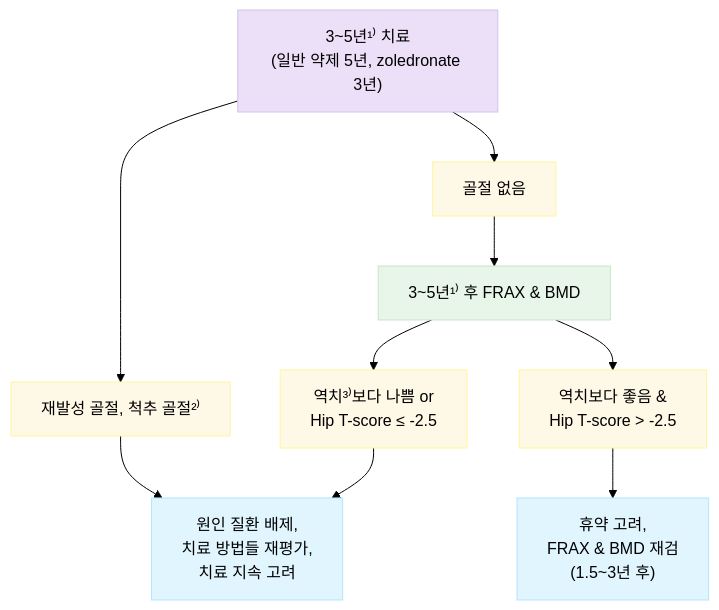
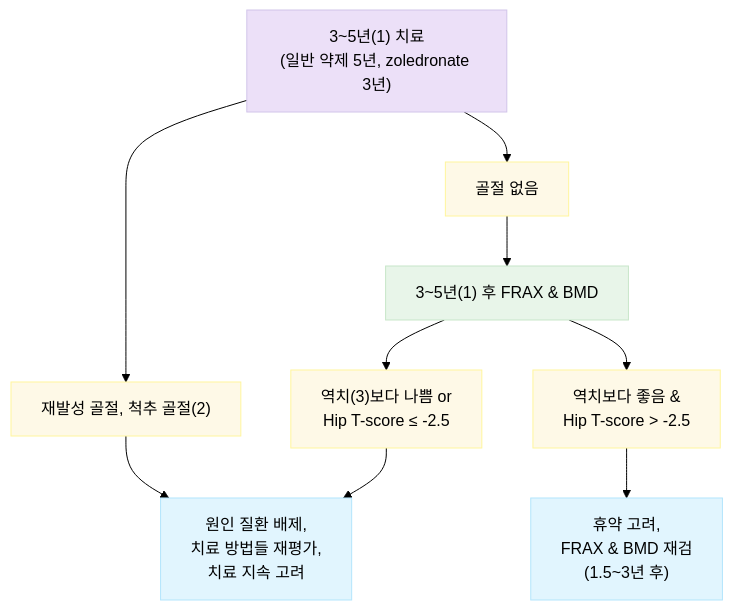
The second of 2 diagrams in 228_/149_-osteoporosis.md (familyoh77/familyoh77), drawn with Mermaid (forest theme) before and after one commit. The commit also changed other lines of this file, not shown here.

````diff
--- a/228_/149_-osteoporosis.md
+++ b/228_/149_-osteoporosis.md
@@ -291,25 +411,25 @@
 ```mermaid
 graph TD
-    A["3~5년¹⁾ 치료<br/>(일반 약제 5년, zoledronate 3년)"]
+    A["3~5년(1) 치료<br/>(일반 약제 5년, zoledronate 3년)"]
 
-    A --> B1["재발성 골절, 척추 골절²⁾"]
+    A --> B1["재발성 골절, 척추 골절(2)"]
     A --> B2["골절 없음"]
 
-    B2 --> C["3~5년¹⁾ 후 FRAX & BMD"]
+    B2 --> C["3~5년(1) 후 FRAX & BMD"]
 
-    C --> D1["역치³⁾보다 나쁨 or<br/>Hip T-score ≤ -2.5"]
+    C --> D1["역치(3)보다 나쁨 or<br/>Hip T-score ≤ -2.5"]
     C --> D2["역치보다 좋음 &<br/>Hip T-score > -2.5"]
 
     B1 --> E1["원인 질환 배제,<br/>치료 방법들 재평가,<br/>치료 지속 고려"]
     D1 --> E1
     D2 --> E2["휴약 고려,<br/>FRAX & BMD 재검<br/>(1.5~3년 후)"]
 
     style A fill:#ece0f8,stroke:#d1c4e9,stroke-width:1px
     style B1 fill:#fef9e7,stroke:#fff59d,stroke-width:1px
     style B2 fill:#fef9e7,stroke:#fff59d,stroke-width:1px
     style C fill:#e8f5e9,stroke:#c8e6c9,stroke-width:1px
     style D1 fill:#fef9e7,stroke:#fff59d,stroke-width:1px
     style D2 fill:#fef9e7,stroke:#fff59d,stroke-width:1px
     style E1 fill:#e1f5fe,stroke:#b3e5fc,stroke-width:1px
     style E2 fill:#e1f5fe,stroke:#b3e5fc,stroke-width:1px
 ```
````
